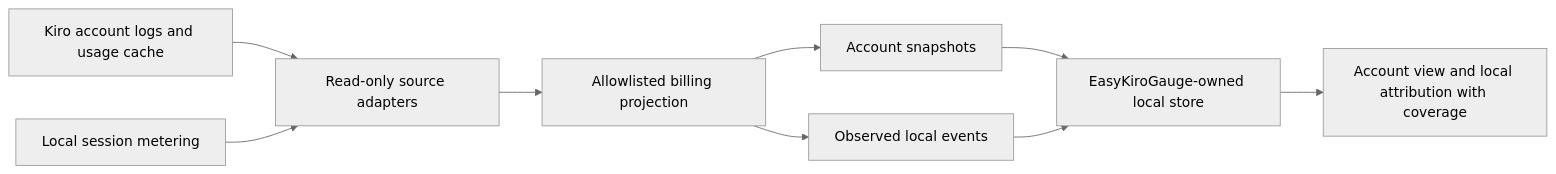
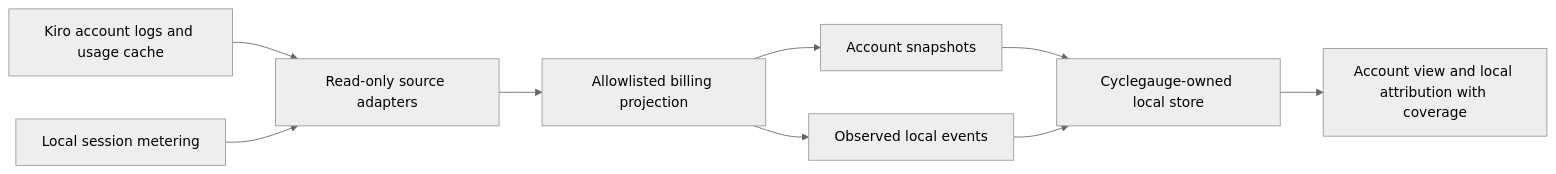
Before and after one commit to StefanSuess/Cyclegauge: the diagram in ARCHITECTURE.md, drawn with Mermaid (neutral theme). The commit also changed other lines of this file and 21 other files, not shown here.

````diff
--- a/ARCHITECTURE.md
+++ b/ARCHITECTURE.md
@@ -13,11 +13,11 @@
 ```mermaid
 flowchart LR
   K[Kiro account logs and usage cache] --> R[Read-only source adapters]
   S[Local session metering] --> R
   R --> P[Allowlisted billing projection]
   P --> A[Account snapshots]
   P --> E[Observed local events]
-  A --> D[EasyKiroGauge-owned local store]
+  A --> D[Cyclegauge-owned local store]
   E --> D
   D --> V[Account view and local attribution with coverage]
 ```
````
